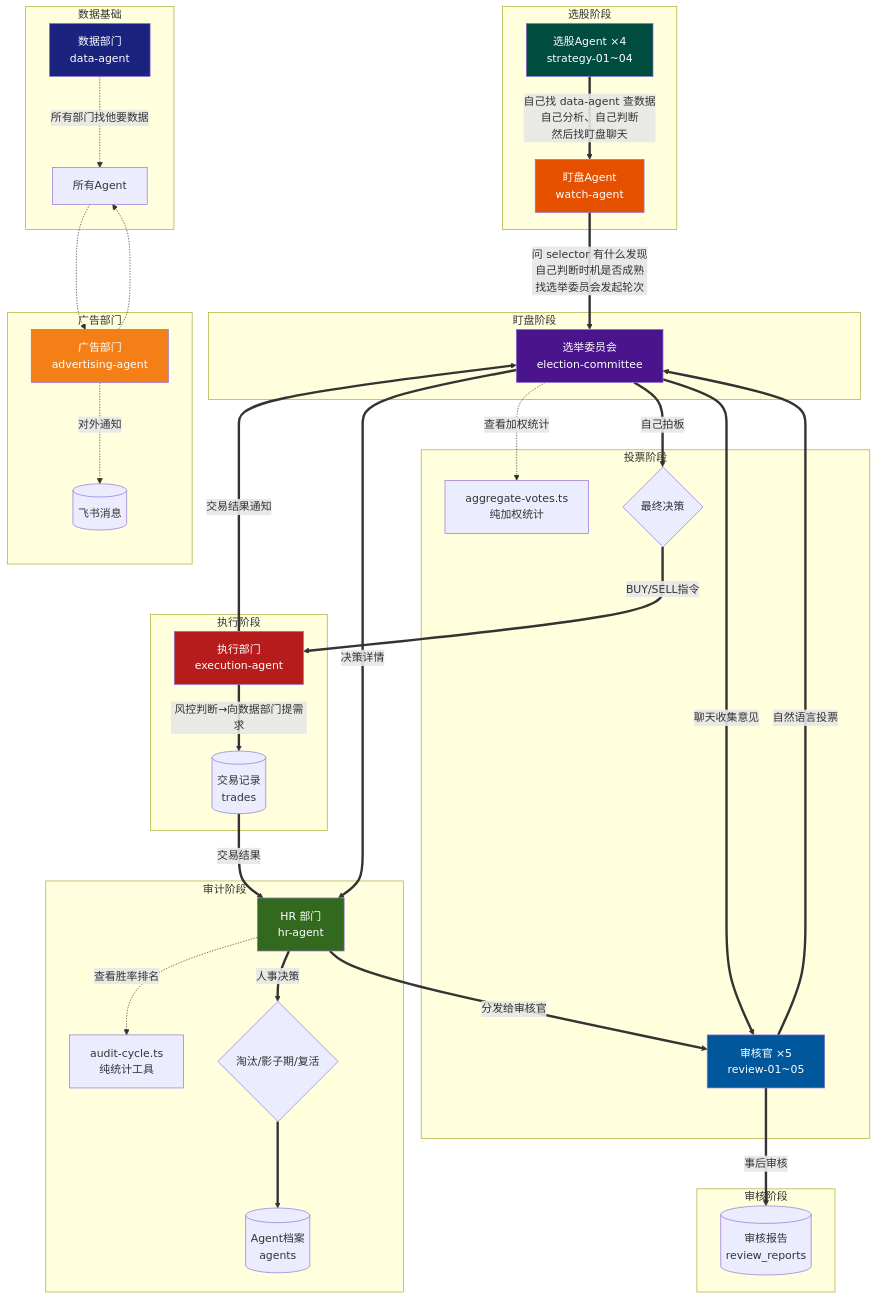
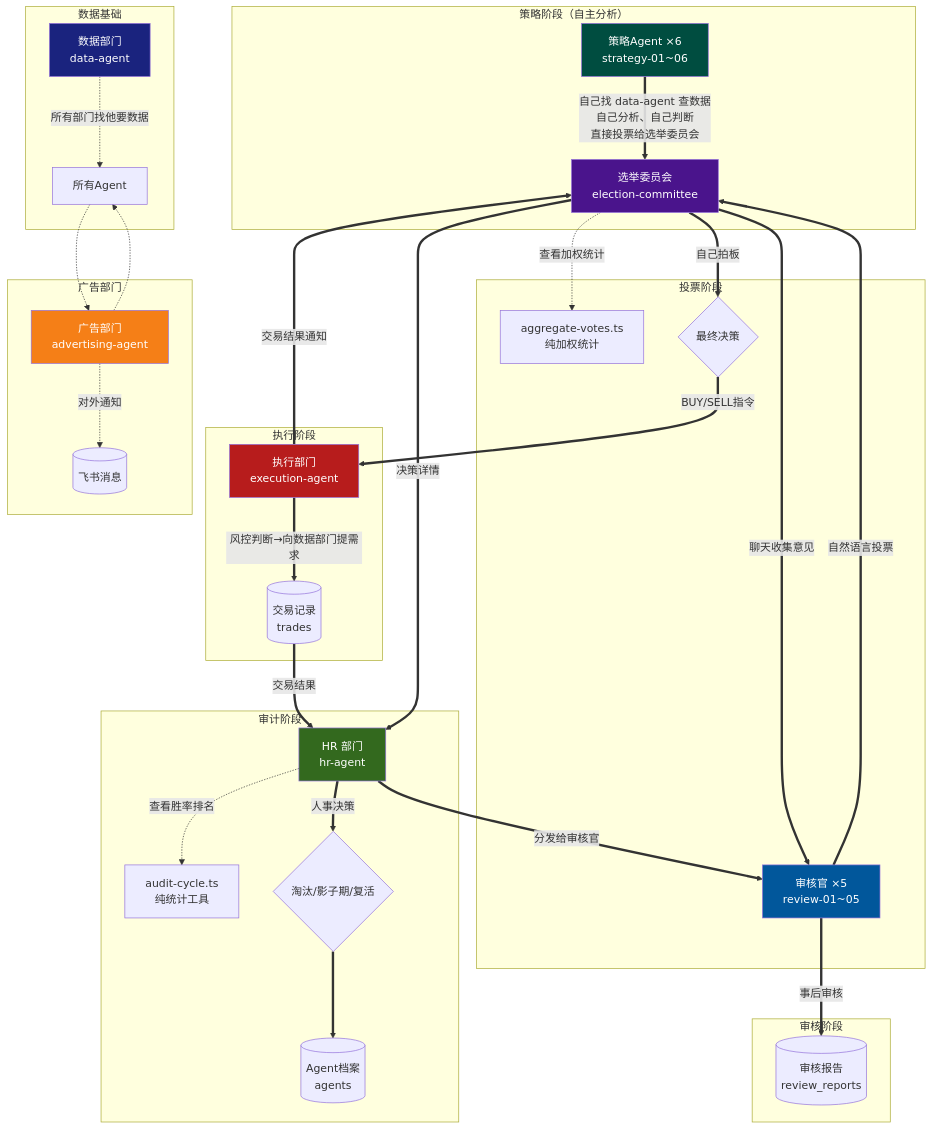
Before and after one commit to fantian007/hermes-trading-system: the first of 5 diagrams in docs/architecture.md, drawn with Mermaid. The commit also changed other lines of this file and 11 other files, not shown here.

````diff
--- a/docs/architecture.md
+++ b/docs/architecture.md
@@ -29,56 +29,51 @@
 ```mermaid
 graph TB
-    subgraph "选股阶段"
-        SELECTOR[选股Agent ×4<br/>strategy-01~04] ==>|"自己找 data-agent 查数据<br/>自己分析、自己判断<br/>然后找盯盘聊天"| WATCH
-    end
-
-    subgraph "盯盘阶段"
-        WATCH[盯盘Agent<br/>watch-agent] ==>|"问 selector 有什么发现<br/>自己判断时机是否成熟<br/>找选举委员会发起轮次"| EC[选举委员会<br/>election-committee]
+    subgraph "策略阶段（自主分析）"
+        STRATEGY[策略Agent ×6<br/>strategy-01~06] ==>|"自己找 data-agent 查数据<br/>自己分析、自己判断<br/>直接投票给选举委员会"| EC[选举委员会<br/>election-committee]
     end
 
     subgraph "投票阶段"
         EC ==>|"聊天收集意见"| REVIEW[审核官 ×5<br/>review-01~05]
         REVIEW ==>|"自然语言投票"| EC
         EC -.->|"查看加权统计"| AGG[aggregate-votes.ts<br/>纯加权统计]
         EC ==>|"自己拍板"| DECISION{最终决策}
     end
 
     subgraph "执行阶段"
         DECISION ==>|"BUY/SELL指令"| EXEC[执行部门<br/>execution-agent]
         EXEC ==>|"风控判断→向数据部门提需求"| TRADE[(交易记录<br/>trades)]
         EXEC ==>|"交易结果通知"| EC
     end
 
     subgraph "审计阶段"
         TRADE ==>|"交易结果"| AUDITOR[HR 部门<br/>hr-agent]
         AUDITOR -.->|"查看胜率排名"| STATS[audit-cycle.ts<br/>纯统计工具]
         AUDITOR ==>|"人事决策"| PERSONNEL{淘汰/影子期/复活}
         PERSONNEL ==> AGENTS[(Agent档案<br/>agents)]
     end
 
     subgraph "审核阶段"
         EC ==>|"决策详情"| AUDITOR
         AUDITOR ==>|"分发给审核官"| REVIEW
         REVIEW ==>|"事后审核"| REPORTS[(审核报告<br/>review_reports)]
     end
 
     subgraph "数据基础"
         DATA[数据部门<br/>data-agent] -.->|"所有部门找他要数据"| ALL[所有Agent]
     end
 
     subgraph "广告部门"
         AD[广告部门<br/>advertising-agent] -.->|"对外通知"| FEISHU[(飞书消息)]
     end
 
     AD -.-> ALL
     ALL -.-> AD
 
     style AD fill:#f57f17,color:#fff
     style DATA fill:#1a237e,color:#fff
-    style SELECTOR fill:#004d40,color:#fff
-    style WATCH fill:#e65100,color:#fff
+    style STRATEGY fill:#004d40,color:#fff
     style EC fill:#4a148c,color:#fff
     style REVIEW fill:#01579b,color:#fff
     style EXEC fill:#b71c1c,color:#fff
     style AUDITOR fill:#33691e,color:#fff
 ```
````
